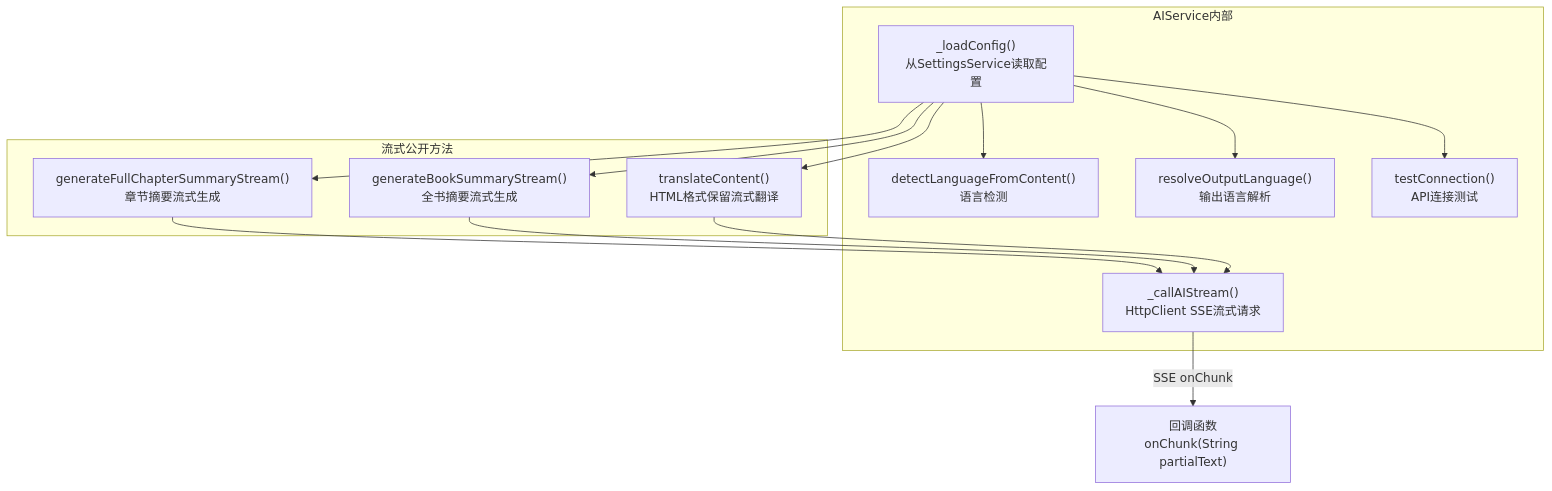
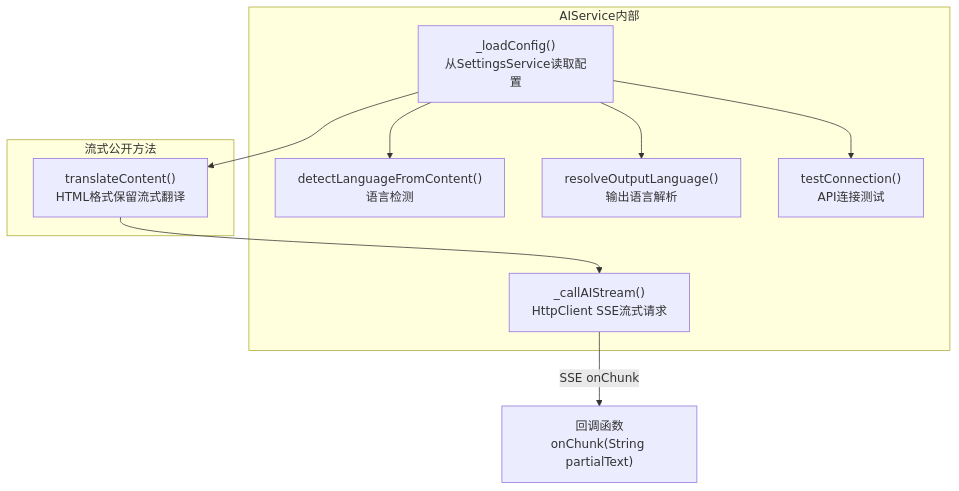
Before and after one commit to jjzhang2000/zhidu: the sixth of 11 diagrams in docs/function_call_relationships_visual.md, drawn with Mermaid. The commit also changed other lines of this file and 26 other files, not shown here.

````diff
--- a/docs/function_call_relationships_visual.md
+++ b/docs/function_call_relationships_visual.md
@@ -331,29 +314,23 @@
 ```mermaid
 flowchart TD
     subgraph AIService内部
         CONFIG["_loadConfig()<br/>从SettingsService读取配置"]
         STREAM["_callAIStream()<br/>HttpClient SSE流式请求"]
         DETECT["detectLanguageFromContent()<br/>语言检测"]
         RESOLVE["resolveOutputLanguage()<br/>输出语言解析"]
         TEST["testConnection()<br/>API连接测试"]
     end
 
     subgraph 流式公开方法
-        FS["generateFullChapterSummaryStream()<br/>章节摘要流式生成"]
-        BS["generateBookSummaryStream()<br/>全书摘要流式生成"]
         TC["translateContent()<br/>HTML格式保留流式翻译"]
     end
 
-    CONFIG --> FS
-    CONFIG --> BS
     CONFIG --> TC
     CONFIG --> DETECT
     CONFIG --> RESOLVE
     CONFIG --> TEST
 
-    FS --> STREAM
-    BS --> STREAM
     TC --> STREAM
 
     STREAM --> |"SSE onChunk"| CB["回调函数<br/>onChunk(String partialText)"]
 ```
````
